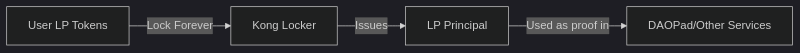
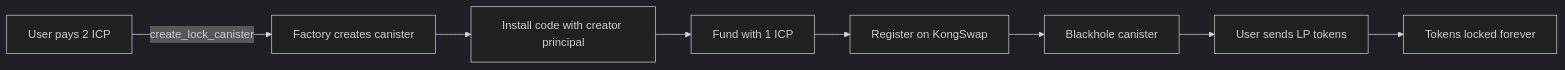
Before and after one commit to AlexandriaDAO/daopad: the diagram in src/kong_locker/CLAUDE.md, drawn with Mermaid (dark theme). The commit also changed other lines of this file and 56 other files, not shown here.

Commit message:
V1 lock canister. Fully functional UI. Basic API docs.

````diff
--- a/src/kong_locker/CLAUDE.md
+++ b/src/kong_locker/CLAUDE.md
@@ -38,6 +65,10 @@
 ```mermaid
 graph LR
-    A[User LP Tokens] -->|Lock Forever| B[Kong Locker]
-    B -->|Issues| C[LP Principal]
-    C -->|Used as proof in| D[DAOPad/Other Services]
+    A[User pays 2 ICP] -->|create_lock_canister| B[Factory creates canister]
+    B --> C[Install code with creator principal]
+    C --> D[Fund with 1 ICP]
+    D --> E[Register on KongSwap]
+    E --> F[Blackhole canister]
+    F --> G[User sends LP tokens]
+    G --> H[Tokens locked forever]
 ```
````
